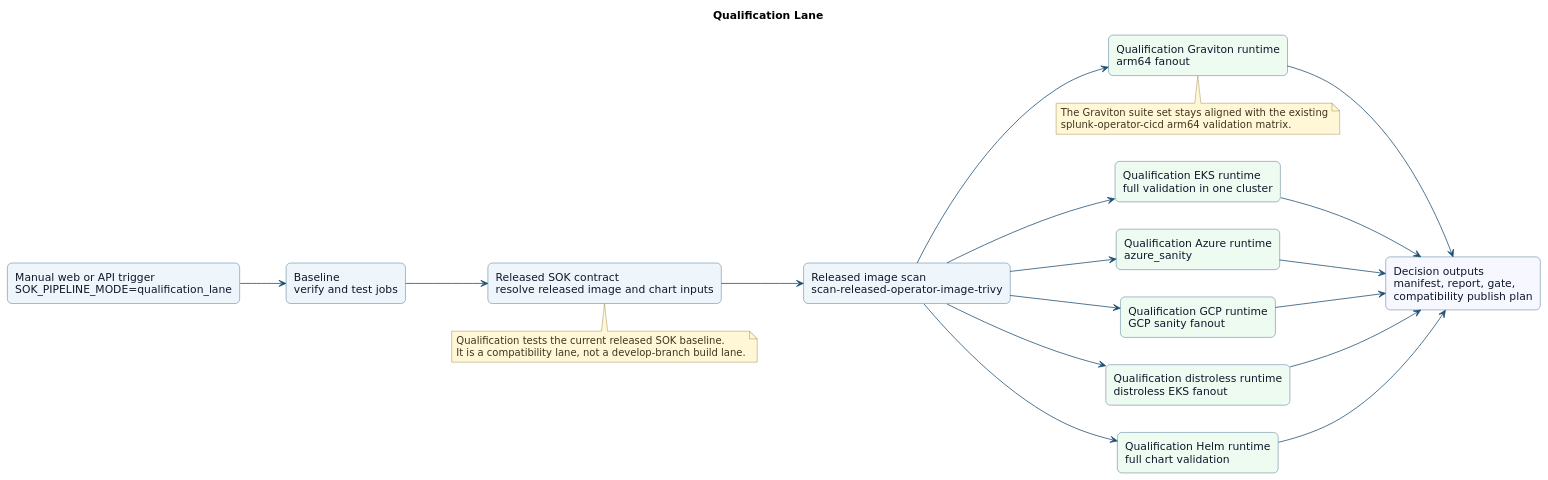
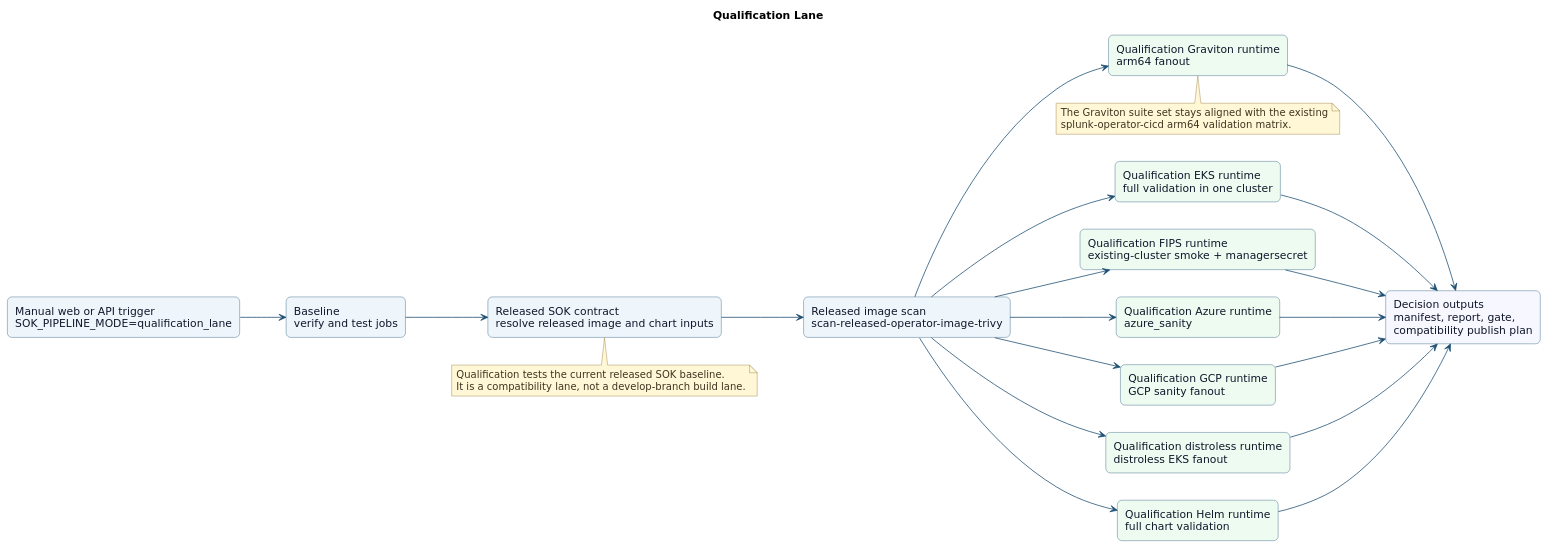
One commit to splunk/splunk-operator changed the diagram in gitlab-ci/diagrams/qualification-lane-target.puml. Above: the diagram before and after it, drawn with PlantUML. The commit also changed 12 other files, not shown here.

```diff
--- a/gitlab-ci/diagrams/qualification-lane-target.puml
+++ b/gitlab-ci/diagrams/qualification-lane-target.puml
@@ -1,57 +1,60 @@
 @startuml
 title Qualification Lane
 left to right direction
 skinparam Shadowing false
 skinparam DefaultFontName DejaVu Sans
 skinparam BackgroundColor white
 skinparam ArrowColor #1d4f73
 skinparam Rectangle {
   BorderColor #1d4f73
   BackgroundColor #eef6fb
   FontColor #0f172a
   RoundCorner 12
 }
 skinparam Note {
   BorderColor #8b6f2f
   BackgroundColor #fff7d6
   FontColor #3f3420
 }
 
 rectangle "Manual web or API trigger\nSOK_PIPELINE_MODE=qualification_lane" as trigger
 rectangle "Baseline\nverify and test jobs" as baseline
 rectangle "Released SOK contract\nresolve released image and chart inputs" as contract
 rectangle "Released image scan\nscan-released-operator-image-trivy" as scan
 rectangle "Qualification EKS runtime\nfull validation in one cluster" as runtime_eks #eefbf1
+rectangle "Qualification FIPS runtime\nexisting-cluster smoke + managersecret" as runtime_fips #eefbf1
 rectangle "Qualification Azure runtime\nazure_sanity" as runtime_azure #eefbf1
 rectangle "Qualification GCP runtime\nGCP sanity fanout" as runtime_gcp #eefbf1
 rectangle "Qualification distroless runtime\ndistroless EKS fanout" as runtime_distroless #eefbf1
 rectangle "Qualification Graviton runtime\narm64 fanout" as runtime_graviton #eefbf1
 rectangle "Qualification Helm runtime\nfull chart validation" as runtime_helm #eefbf1
 rectangle "Decision outputs\nmanifest, report, gate,\ncompatibility publish plan" as report #f7f7ff
 
 trigger --> baseline
 baseline --> contract
 contract --> scan
 scan --> runtime_eks
+scan --> runtime_fips
 scan --> runtime_azure
 scan --> runtime_gcp
 scan --> runtime_distroless
 scan --> runtime_graviton
 scan --> runtime_helm
 runtime_eks --> report
+runtime_fips --> report
 runtime_azure --> report
 runtime_gcp --> report
 runtime_distroless --> report
 runtime_graviton --> report
 runtime_helm --> report
 
 note bottom of contract
 Qualification tests the current released SOK baseline.
 It is a compatibility lane, not a develop-branch build lane.
 end note
 
 note bottom of runtime_graviton
 The Graviton suite set stays aligned with the existing
 splunk-operator-cicd arm64 validation matrix.
 end note
 @enduml
```
